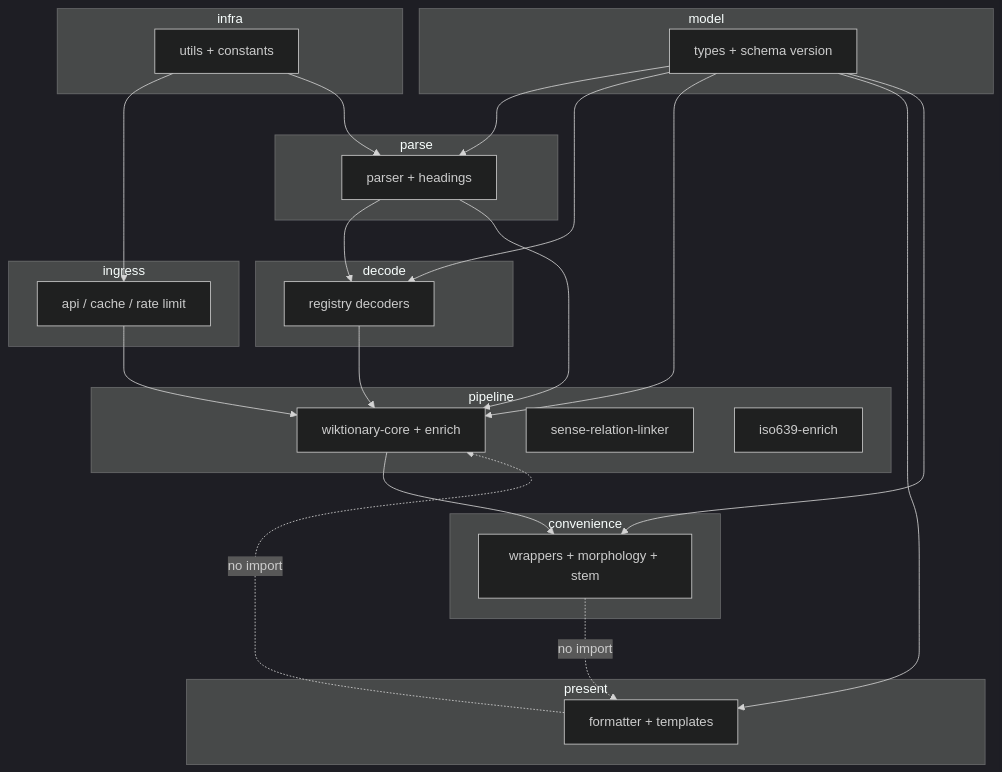
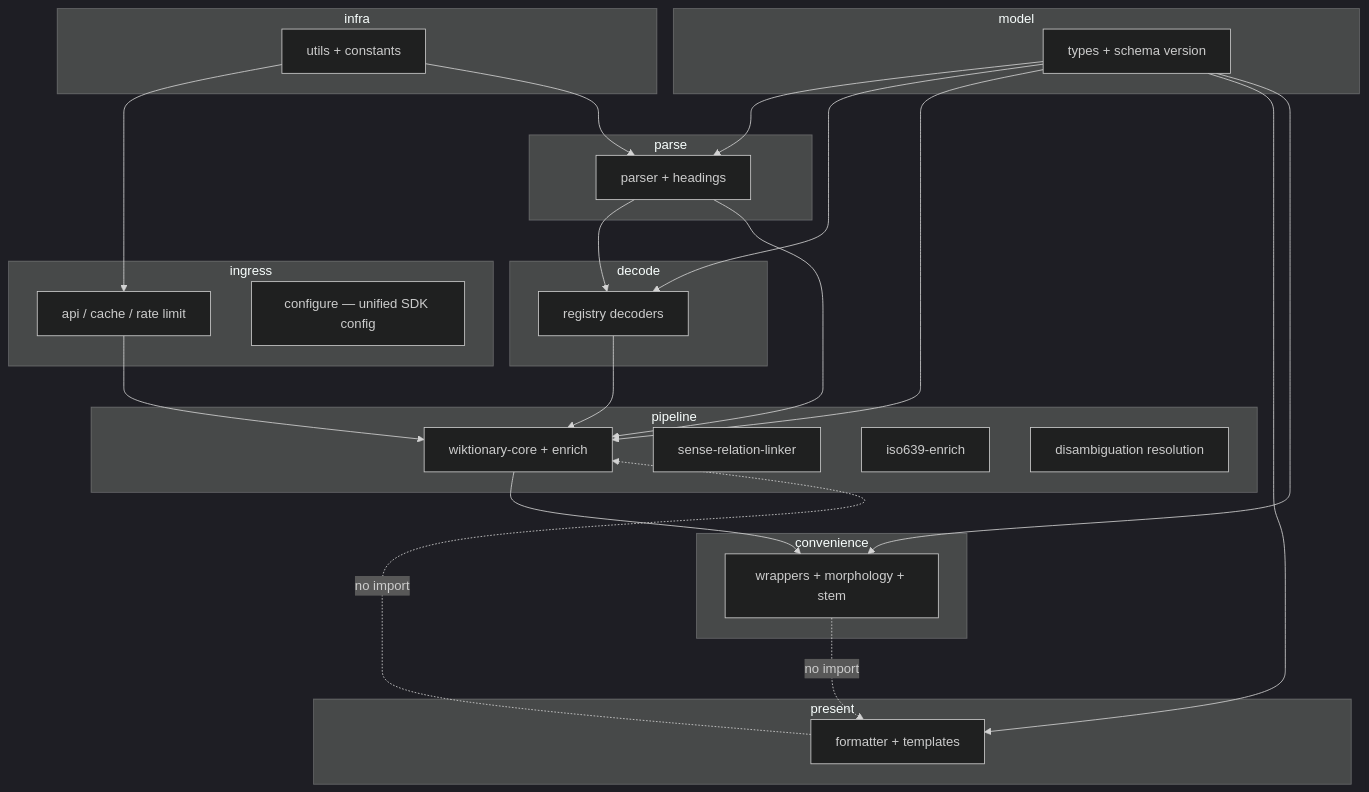
One commit to rhythmus/wiktionary-sdk changed the diagram in docs/architecture-layers.md. Above: the diagram before and after it, drawn with Mermaid (dark theme). The commit also changed 4 other files, not shown here.

First line of the commit message:
docs: update spec, changelog, agents, and architecture for recent work

````diff
--- a/docs/architecture-layers.md
+++ b/docs/architecture-layers.md
@@ -19,43 +19,45 @@
 ```mermaid
 flowchart TB
   subgraph ingress [ingress]
     API[api / cache / rate limit]
+    CFG[configure — unified SDK config]
   end
   subgraph parse [parse]
     P[parser + headings]
   end
   subgraph decode [decode]
     R[registry decoders]
   end
   subgraph pipeline [pipeline]
     W[wiktionary-core + enrich]
     SRL[sense-relation-linker]
     ISO[iso639-enrich]
+    DIS[disambiguation resolution]
   end
   subgraph model [model]
     T[types + schema version]
   end
   subgraph present [present]
     F[formatter + templates]
   end
   subgraph convenience [convenience]
     L[wrappers + morphology + stem]
   end
   subgraph infra [infra]
     U[utils + constants]
   end
   API --> W
   P --> R
   P --> W
   R --> W
   T --> P
   T --> R
   T --> W
   T --> F
   T --> L
   U --> API
   U --> P
   W --> L
   F -.->|no import| W
   L -.->|no import| F
 ```
````
